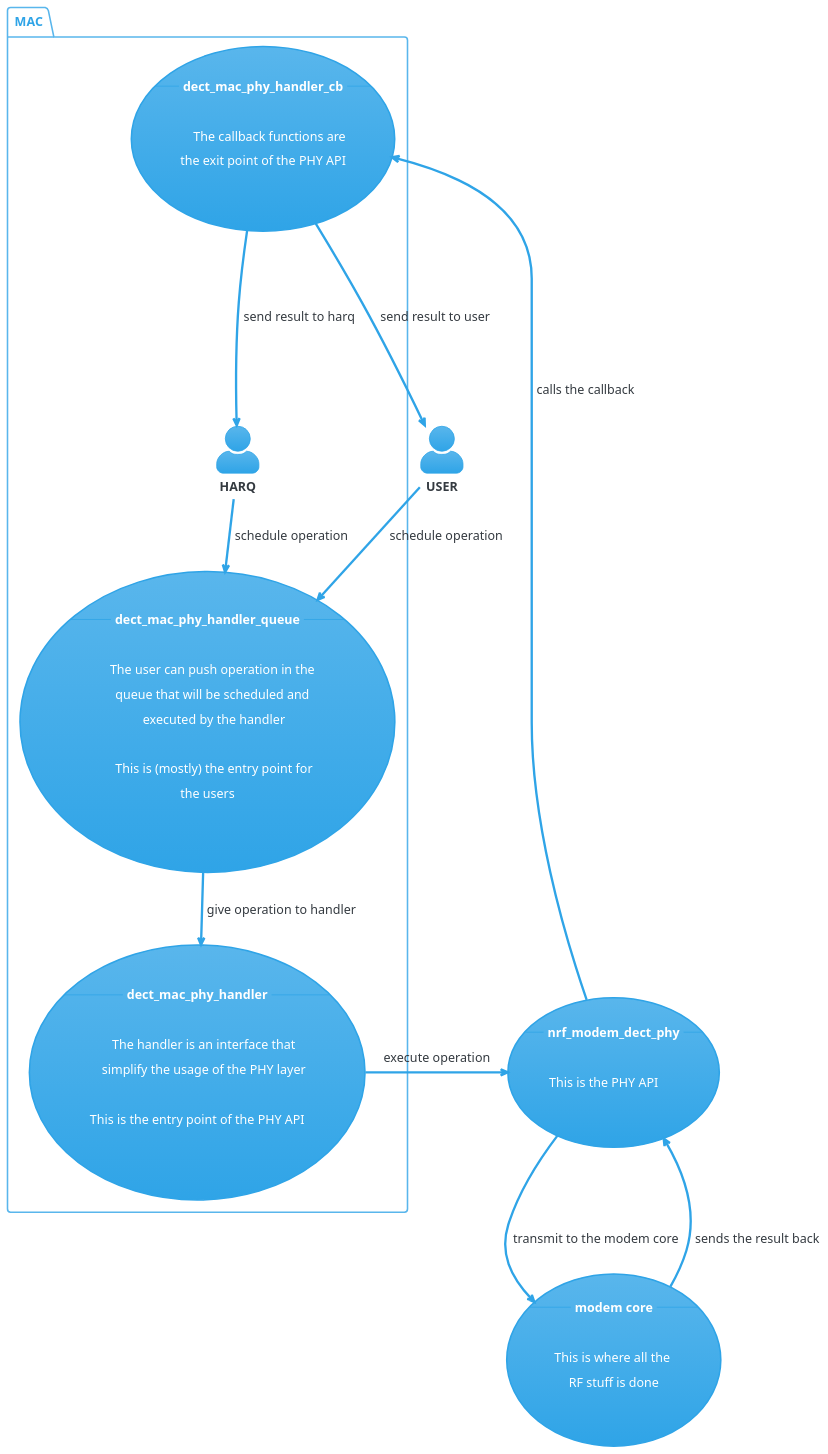
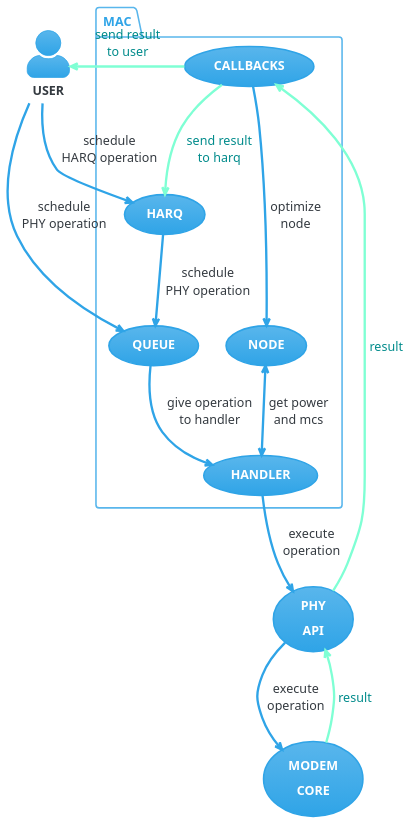
The diagram in doc/diagrams/phy_handler_use_case.puml (Terrazed/bachelor-project_dect-nr-plus-harq), drawn with PlantUML before and after one commit. The commit also changed 2 other files, not shown here.

Commit message:
changed the usecase diagram

```diff
--- a/doc/diagrams/phy_handler_use_case.puml
+++ b/doc/diagrams/phy_handler_use_case.puml
@@ -1,62 +1,69 @@
 @startuml phy_handler_use_case
 
 !theme cerulean
 skinparam DefaultFontSize 16
 skinparam defaultFontName Gotham Black
 
 
 skinparam actorStyle awesome
 
 :**USER**: as user
 
 package MAC {
-    :**HARQ**: as harq
+    usecase harq as "**HARQ**"
 
-    usecase queue as "--**dect_mac_phy_handler_queue**--
+    usecase queue as "**QUEUE**"
 
-    The user can push operation in the 
-    queue that will be scheduled and 
-    executed by the handler
-
-    This is (mostly) the entry point for
-    the users"
+'    The user can push operation in the 
+'    queue that will be scheduled and 
+'    executed by the handler
+'
+'    This is (mostly) the entry point for
+'    the users"
 
 
-    usecase handler as "--**dect_mac_phy_handler**--
+    usecase handler as "**HANDLER**"
 
-    The handler is an interface that
-    simplify the usage of the PHY layer
+'    The handler is an interface that
+'    simplify the usage of the PHY layer
+'
+'    This is the entry point of the PHY API"
 
-    This is the entry point of the PHY API"
+    usecase callback as "**CALLBACKS**"
 
-    usecase callback as "--**dect_mac_phy_handler_cb**--
+'    The callback functions are
+'    the exit point of the PHY API"
 
-    The callback functions are
-    the exit point of the PHY API"
+    usecase node as "**NODE**"
 }
 
-usecase phy as "--**nrf_modem_dect_phy**--
+usecase phy as "**PHY**
+**API**"
 
-This is the PHY API"
+'This is the PHY API"
 
-usecase modem as "--**modem core**--
+usecase modem as "**MODEM**
+**CORE**"
 
-This is where all the 
-RF stuff is done"
+'This is where all the 
+'RF stuff is done"
 
 
 
 
-user --> queue : schedule operation
-harq --> queue : schedule operation
-queue --> handler : give operation to handler
-handler -> phy : execute operation
-phy --> modem : transmit to the modem core
-modem --> phy : sends the result back
-phy --> callback : calls the callback
-callback ----> user : send result to user
-callback ----> harq : send result to harq
+user ---> queue : schedule\nPHY operation
+user --> harq : schedule\nHARQ operation
+harq --> queue : schedule\nPHY operation
+queue --> handler : give operation\nto handler
+handler --> phy : execute\noperation
+phy --> modem : execute\noperation
+modem --> phy#line:aquamarine;text:darkcyan : result
+phy ---> callback#line:aquamarine;text:darkcyan : result
+callback --> user#line:aquamarine;text:darkcyan : send result\nto user
+callback --> harq#line:aquamarine;text:darkcyan : send result\nto harq
+node <--> handler : get power\nand mcs
+callback ---> node : optimize\nnode
 
 
 
 @enduml
```
